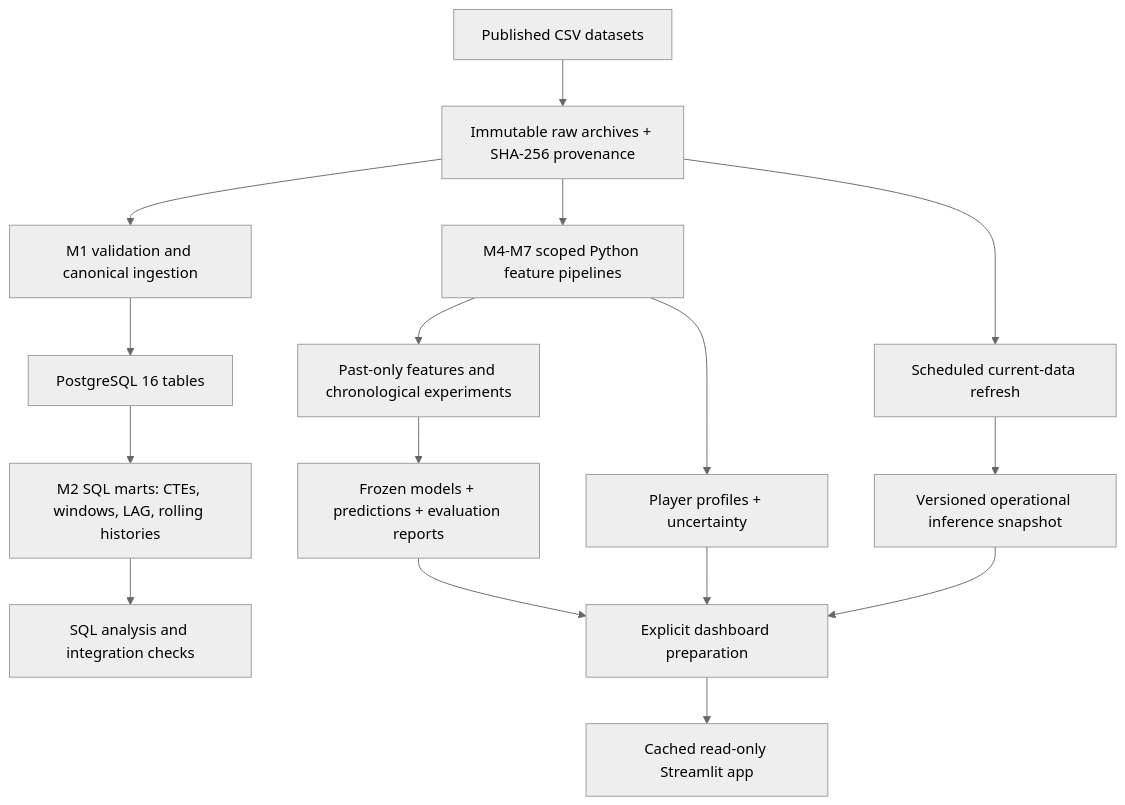
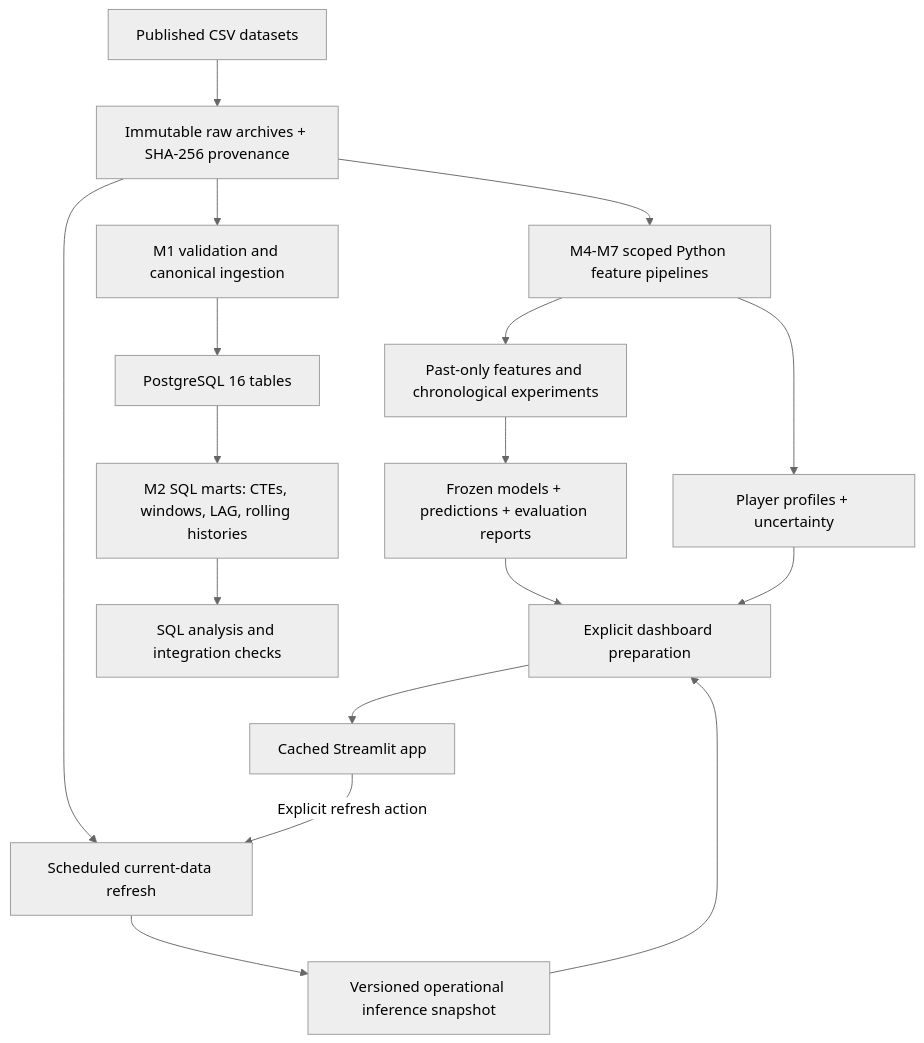
The diagram in README.md (kubaborowiec7/Premier-League-Analytics-Lab), drawn with Mermaid (neutral theme) before and after one commit. The commit also changed other lines of this file and 7 other files, not shown here.

````diff
--- a/README.md
+++ b/README.md
@@ -87,18 +91,19 @@
 ```mermaid
 flowchart TD
     A[Published CSV datasets] --> B[Immutable raw archives + SHA-256 provenance]
     B --> C[M1 validation and canonical ingestion]
     C --> D[PostgreSQL 16 tables]
     D --> E[M2 SQL marts: CTEs, windows, LAG, rolling histories]
     B --> F[M4-M7 scoped Python feature pipelines]
     F --> G[Past-only features and chronological experiments]
     G --> H[Frozen models + predictions + evaluation reports]
     B --> R[Scheduled current-data refresh]
     R --> S[Versioned operational inference snapshot]
     F --> I[Player profiles + uncertainty]
     H --> J[Explicit dashboard preparation]
     S --> J
     I --> J
-    J --> K[Cached read-only Streamlit app]
+    J --> K[Cached Streamlit app]
+    K -->|Explicit refresh action| R
     E --> L[SQL analysis and integration checks]
 ```
````
